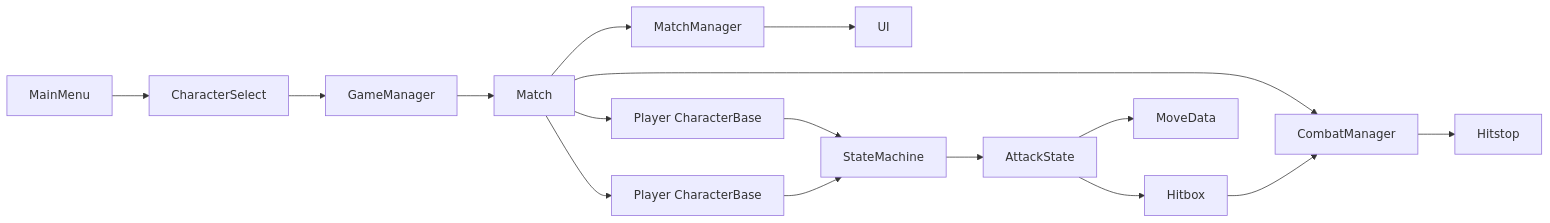
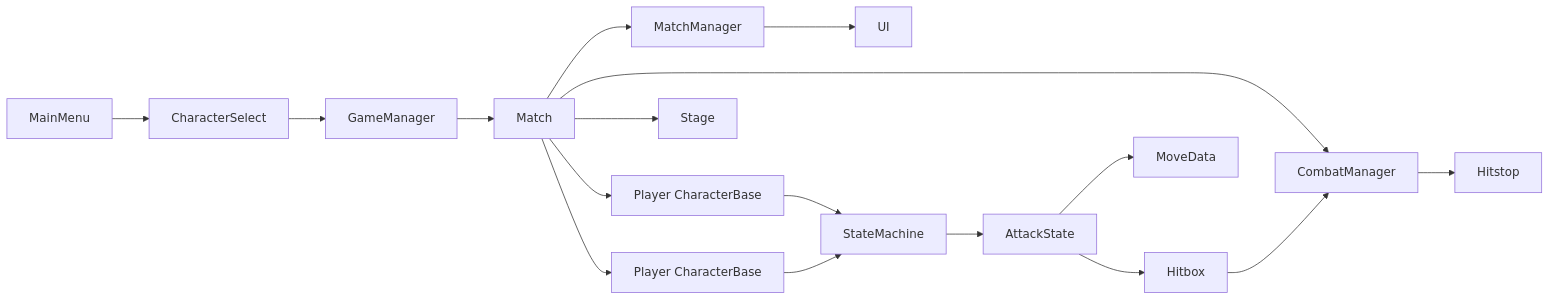
The diagram in .cursor/plans/tekken_fighter_mvp_72ea2cb8.plan.md (dtelcore/MightNite), drawn with Mermaid before and after one commit. The commit also changed other lines of this file and 1 other file, not shown here.

````diff
--- a/.cursor/plans/tekken_fighter_mvp_72ea2cb8.plan.md
+++ b/.cursor/plans/tekken_fighter_mvp_72ea2cb8.plan.md
@@ -46,18 +69,19 @@
 ```mermaid
 flowchart LR
   MainMenu --> CharacterSelect
   CharacterSelect --> GameManager
   GameManager --> Match
   Match --> MatchManager
   Match --> CombatManager
+  Match --> Stage
   Match --> P1[Player CharacterBase]
   Match --> P2[Player CharacterBase]
   P1 --> StateMachine
   P2 --> StateMachine
   StateMachine --> AttackState
   AttackState --> MoveData
   AttackState --> Hitbox
   Hitbox --> CombatManager
   CombatManager --> Hitstop
   MatchManager --> UI
 ```
````
